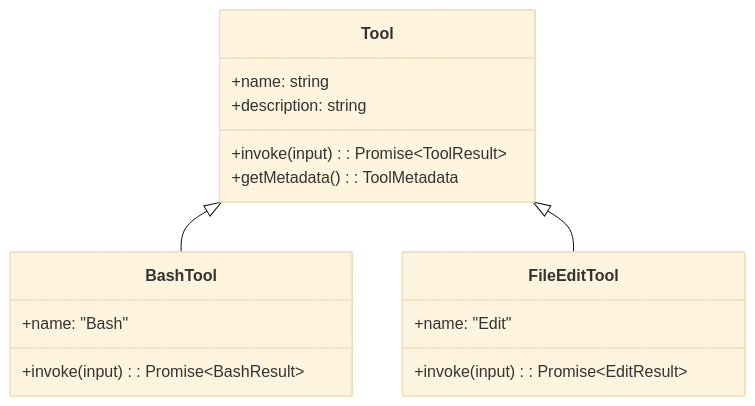
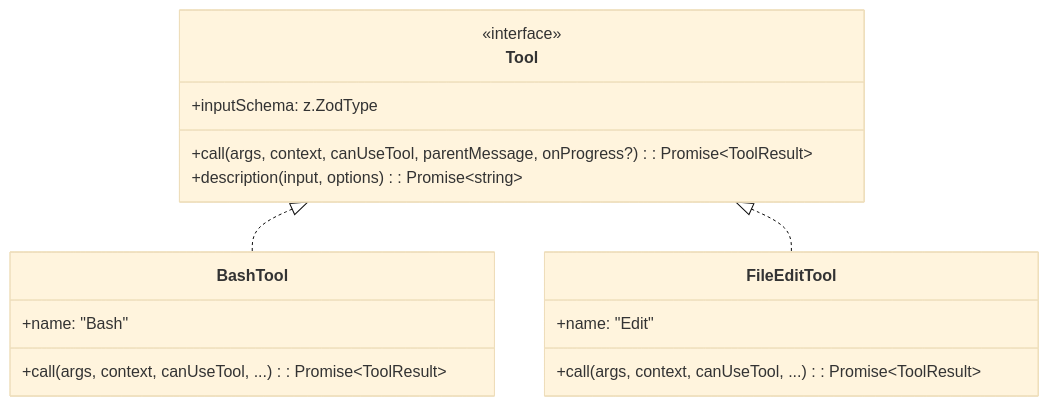
Before and after one commit to niuma996/claude-code-sourcemap-wiki: the third of 3 diagrams in .nium-wiki/wiki/core/tools.md, drawn with Mermaid (base theme). The commit also changed other lines of this file and 19 other files, not shown here.

````diff
--- a/.nium-wiki/wiki/core/tools.md
+++ b/.nium-wiki/wiki/core/tools.md
@@ -87,19 +89,19 @@
 ```mermaid
 classDiagram
     class Tool {
-        +name: string
-        +description: string
-        +invoke(input): Promise~ToolResult~
-        +getMetadata(): ToolMetadata
+        <<interface>>
+        +call(args, context, canUseTool, parentMessage, onProgress?): Promise~ToolResult~
+        +description(input, options): Promise~string~
+        +inputSchema: z.ZodType
     }
     class BashTool {
         +name: "Bash"
-        +invoke(input): Promise~BashResult~
+        +call(args, context, canUseTool, ...): Promise~ToolResult~
     }
     class FileEditTool {
         +name: "Edit"
-        +invoke(input): Promise~EditResult~
+        +call(args, context, canUseTool, ...): Promise~ToolResult~
     }
-    Tool <|-- BashTool
-    Tool <|-- FileEditTool
+    Tool <|.. BashTool
+    Tool <|.. FileEditTool
 ```
````
